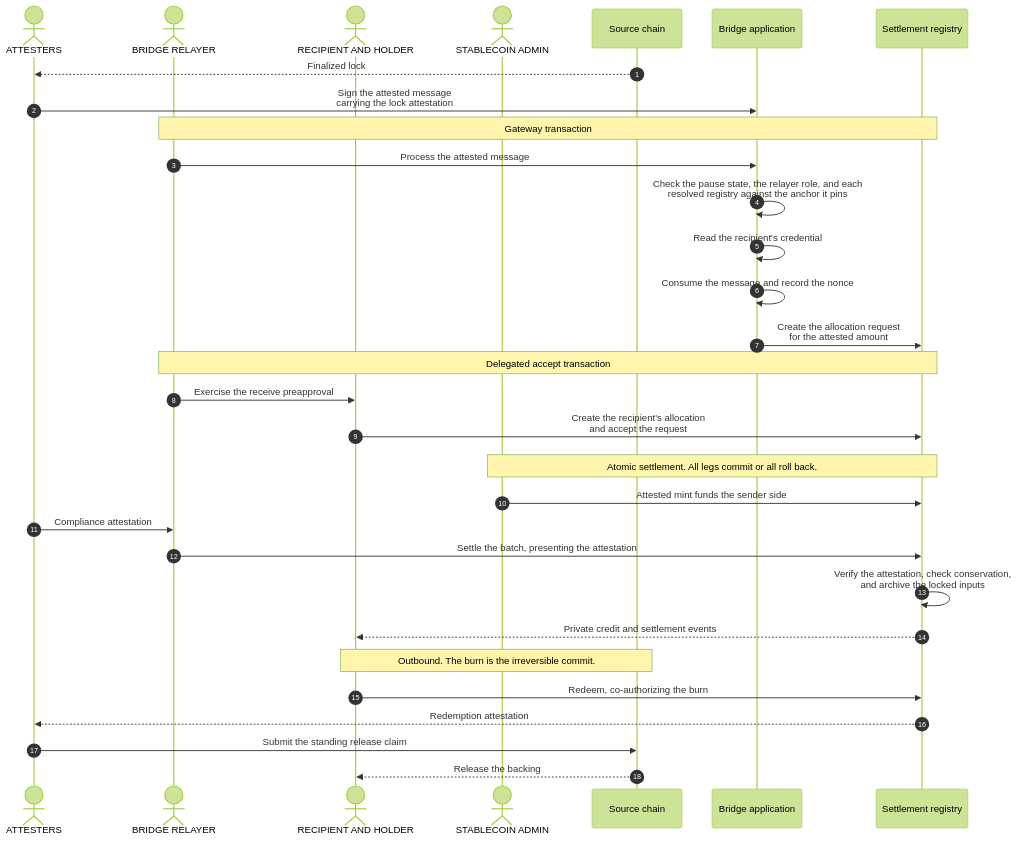
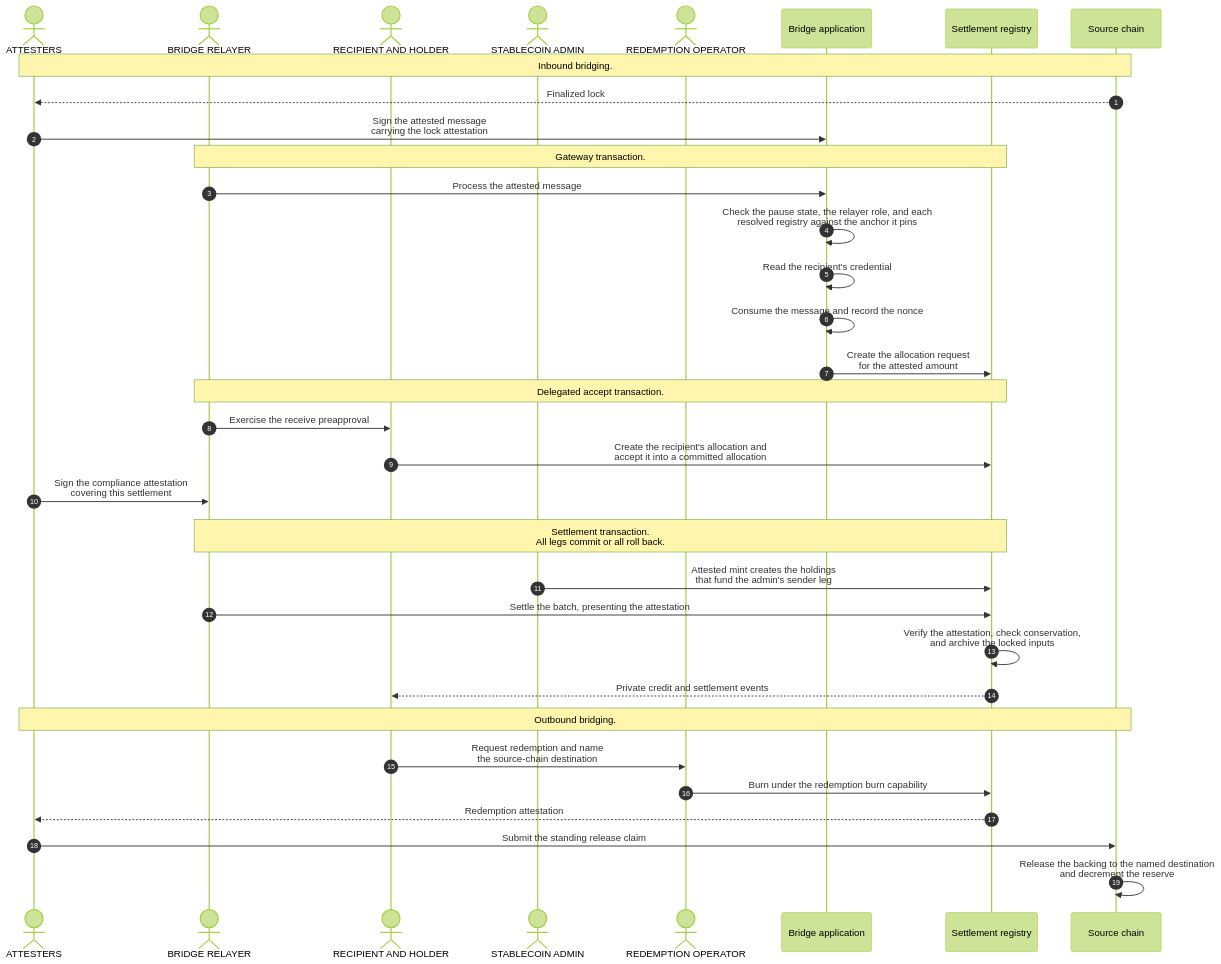
Before and after one commit to OpenZeppelin/canton-specs: the fourth of 4 diagrams in docs/reference-architectures/cross-chain-stablecoin.md, drawn with Mermaid (forest theme). The commit also changed other lines of this file, not shown here.

Commit message:
reword the bridge lifecycle diagram

````diff
--- a/docs/reference-architectures/cross-chain-stablecoin.md
+++ b/docs/reference-architectures/cross-chain-stablecoin.md
@@ -348,36 +349,39 @@
 ```mermaid
 sequenceDiagram
     autonumber
     actor Attesters as ATTESTERS
     actor Relayer as BRIDGE RELAYER
     actor Recipient as RECIPIENT AND HOLDER
     actor Admin as STABLECOIN ADMIN
+    actor Operator as REDEMPTION OPERATOR
+    participant App as Bridge application
+    participant Registry as Settlement registry
     participant Chain as Source chain
-    participant App as Bridge application
-    participant Assets as Settlement registry
 
+    Note over Attesters,Chain: Inbound bridging.
     Chain-->>Attesters: Finalized lock
     Attesters->>App: Sign the attested message<br/>carrying the lock attestation
-    Note over Relayer,Assets: Gateway transaction
+    Note over Relayer,Registry: Gateway transaction.
     Relayer->>App: Process the attested message
     App->>App: Check the pause state, the relayer role, and each<br/>resolved registry against the anchor it pins
     App->>App: Read the recipient's credential
     App->>App: Consume the message and record the nonce
-    App->>Assets: Create the allocation request<br/>for the attested amount
-    Note over Relayer,Assets: Delegated accept transaction
+    App->>Registry: Create the allocation request<br/>for the attested amount
+    Note over Relayer,Registry: Delegated accept transaction.
     Relayer->>Recipient: Exercise the receive preapproval
-    Recipient->>Assets: Create the recipient's allocation<br/>and accept the request
+    Recipient->>Registry: Create the recipient's allocation and<br/>accept it into a committed allocation
+    Attesters->>Relayer: Sign the compliance attestation<br/>covering this settlement
     rect rgba(255, 255, 255, .1)
-        Note over Admin,Assets: Atomic settlement. All legs commit or all roll back.
-        Admin->>Assets: Attested mint funds the sender side
-        Attesters->>Relayer: Compliance attestation
-        Relayer->>Assets: Settle the batch, presenting the attestation
-        Assets->>Assets: Verify the attestation, check conservation,<br/>and archive the locked inputs
-        Assets-->>Recipient: Private credit and settlement events
+        Note over Relayer,Registry: Settlement transaction.<br/>All legs commit or all roll back.
+        Admin->>Registry: Attested mint creates the holdings<br/>that fund the admin's sender leg
+        Relayer->>Registry: Settle the batch, presenting the attestation
+        Registry->>Registry: Verify the attestation, check conservation,<br/>and archive the locked inputs
+        Registry-->>Recipient: Private credit and settlement events
     end
-    Note over Recipient,Chain: Outbound. The burn is the irreversible commit.
-    Recipient->>Assets: Redeem, co-authorizing the burn
-    Assets-->>Attesters: Redemption attestation
+    Note over Attesters,Chain: Outbound bridging.
+    Recipient->>Operator: Request redemption and name<br/>the source-chain destination
+    Operator->>Registry: Burn under the redemption burn capability
+    Registry-->>Attesters: Redemption attestation
     Attesters->>Chain: Submit the standing release claim
-    Chain-->>Recipient: Release the backing
+    Chain->>Chain: Release the backing to the named destination<br/>and decrement the reserve
 ```
````
